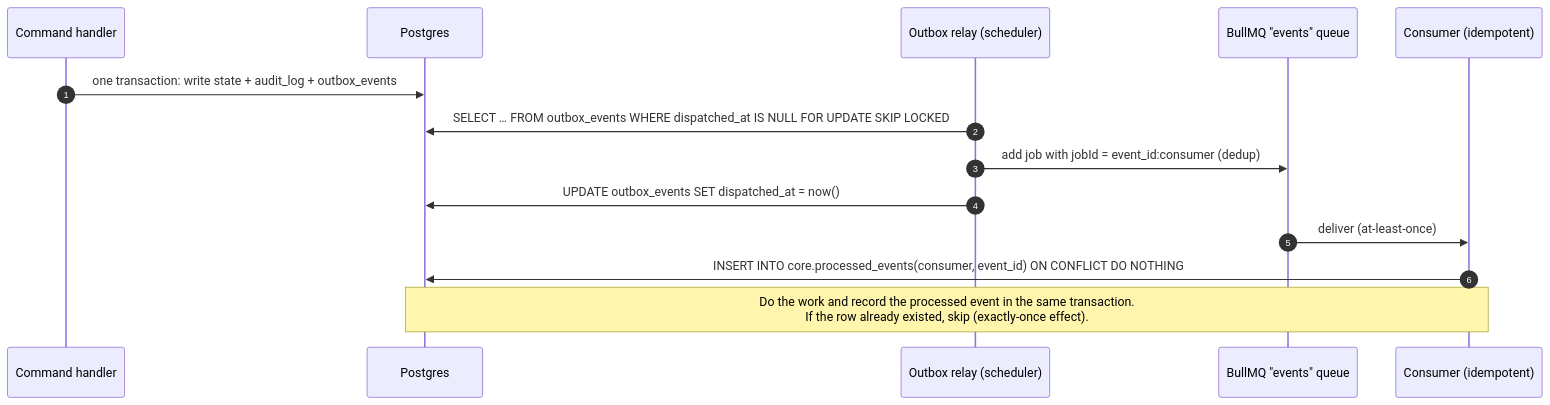
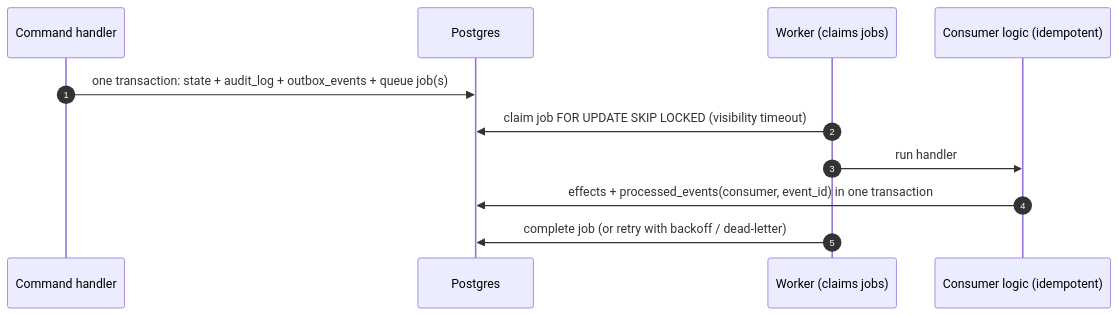
Before and after one commit to barel1296/barels: the third of 3 diagrams in docs/04-system-architecture.md, drawn with Mermaid. The commit also changed other lines of this file and 18 other files, not shown here.

First line of the commit message:
Revise architecture for 20-30 personas on one workstation with local AI

````diff
--- a/docs/04-system-architecture.md
+++ b/docs/04-system-architecture.md
@@ -148,16 +187,13 @@
 ```mermaid
 sequenceDiagram
   autonumber
   participant H as Command handler
   participant PG as Postgres
-  participant R as Outbox relay (scheduler)
-  participant Q as BullMQ "events" queue
-  participant C as Consumer (idempotent)
-  H->>PG: one transaction: write state + audit_log + outbox_events
-  R->>PG: SELECT … FROM outbox_events WHERE dispatched_at IS NULL FOR UPDATE SKIP LOCKED
-  R->>Q: add job with jobId = event_id:consumer (dedup)
-  R->>PG: UPDATE outbox_events SET dispatched_at = now()
-  Q->>C: deliver (at-least-once)
-  C->>PG: INSERT INTO core.processed_events(consumer, event_id) ON CONFLICT DO NOTHING
-  Note over C,PG: Do the work and record the processed event in the same transaction.<br/>If the row already existed, skip (exactly-once effect).
+  participant W as Worker (claims jobs)
+  participant C as Consumer logic (idempotent)
+  H->>PG: one transaction: state + audit_log + outbox_events + queue job(s)
+  W->>PG: claim job FOR UPDATE SKIP LOCKED (visibility timeout)
+  W->>C: run handler
+  C->>PG: effects + processed_events(consumer, event_id) in one transaction
+  W->>PG: complete job (or retry with backoff / dead-letter)
 ```
````
